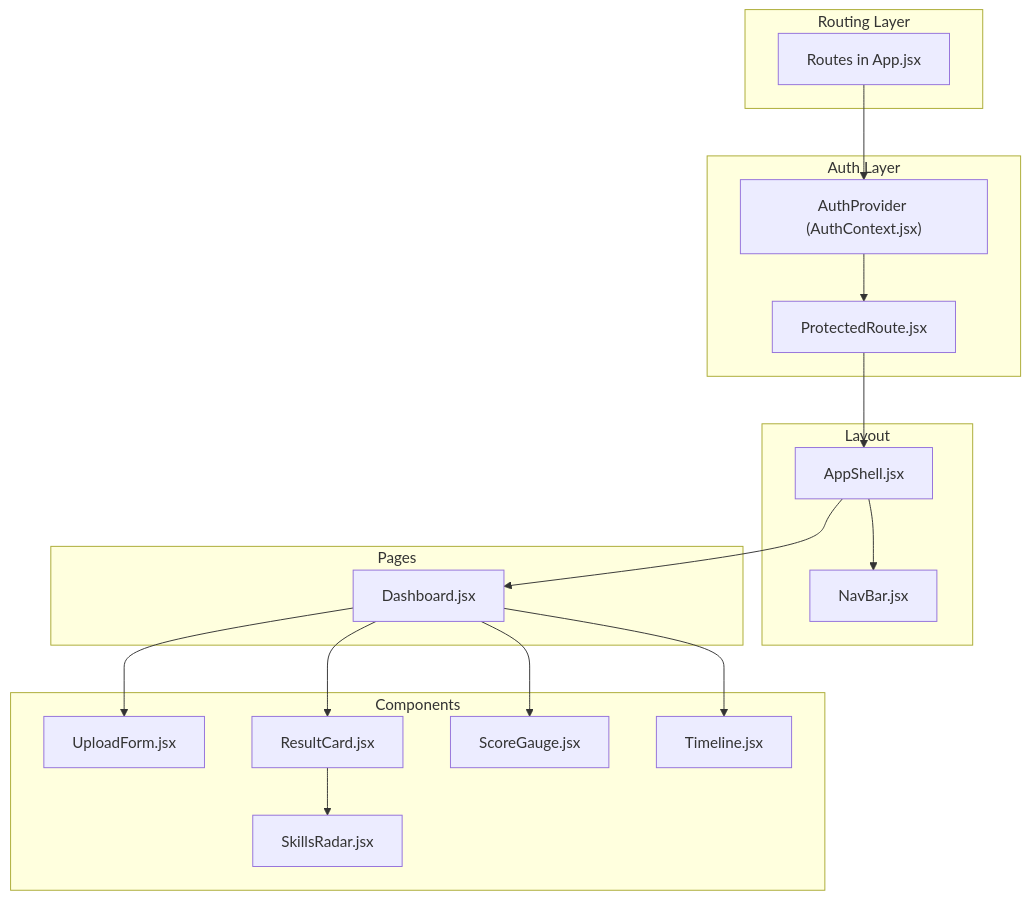
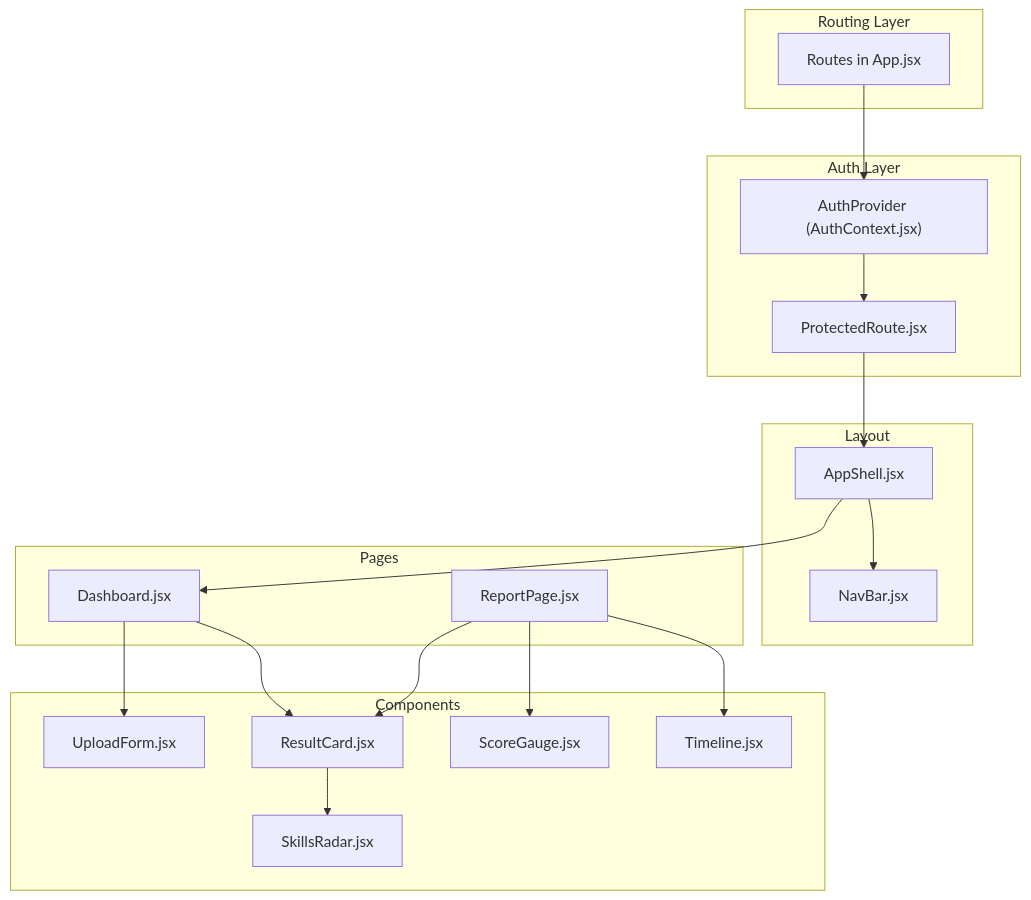
Before and after one commit to Revanththetalogics/aireume: the first of 5 diagrams in .qoder/repowiki/en/content/Frontend Architecture/Component Library.md, drawn with Mermaid. The commit also changed other lines of this file and 33 other files, not shown here.

````diff
--- a/.qoder/repowiki/en/content/Frontend Architecture/Component Library.md
+++ b/.qoder/repowiki/en/content/Frontend Architecture/Component Library.md
@@ -40,34 +48,36 @@
 ```mermaid
 graph TB
 subgraph "Routing Layer"
 Routes["Routes in App.jsx"]
 end
 subgraph "Auth Layer"
 AuthProvider["AuthProvider (AuthContext.jsx)"]
 ProtectedRoute["ProtectedRoute.jsx"]
 end
 subgraph "Layout"
 AppShell["AppShell.jsx"]
 NavBar["NavBar.jsx"]
 end
 subgraph "Pages"
 Dashboard["Dashboard.jsx"]
+ReportPage["ReportPage.jsx"]
 end
 subgraph "Components"
 UploadForm["UploadForm.jsx"]
 ResultCard["ResultCard.jsx"]
 ScoreGauge["ScoreGauge.jsx"]
 Timeline["Timeline.jsx"]
 SkillsRadar["SkillsRadar.jsx"]
 end
 Routes --> AuthProvider
 AuthProvider --> ProtectedRoute
 ProtectedRoute --> AppShell
 AppShell --> NavBar
 AppShell --> Dashboard
 Dashboard --> UploadForm
 Dashboard --> ResultCard
+ReportPage --> ResultCard
 ResultCard --> SkillsRadar
-Dashboard --> Timeline
-Dashboard --> ScoreGauge
+ReportPage --> Timeline
+ReportPage --> ScoreGauge
 ```
````
